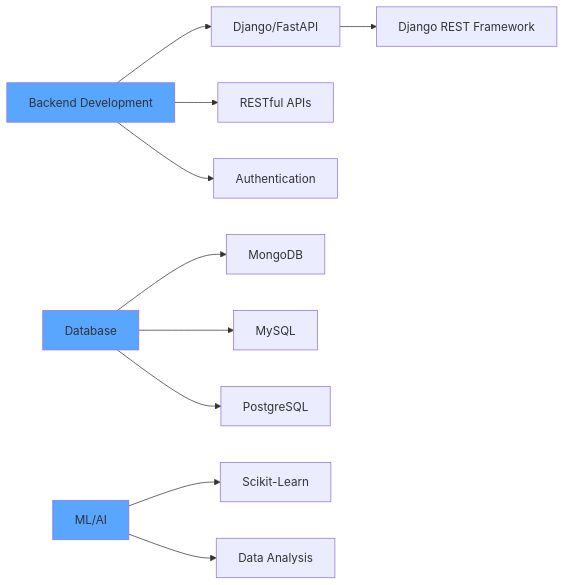
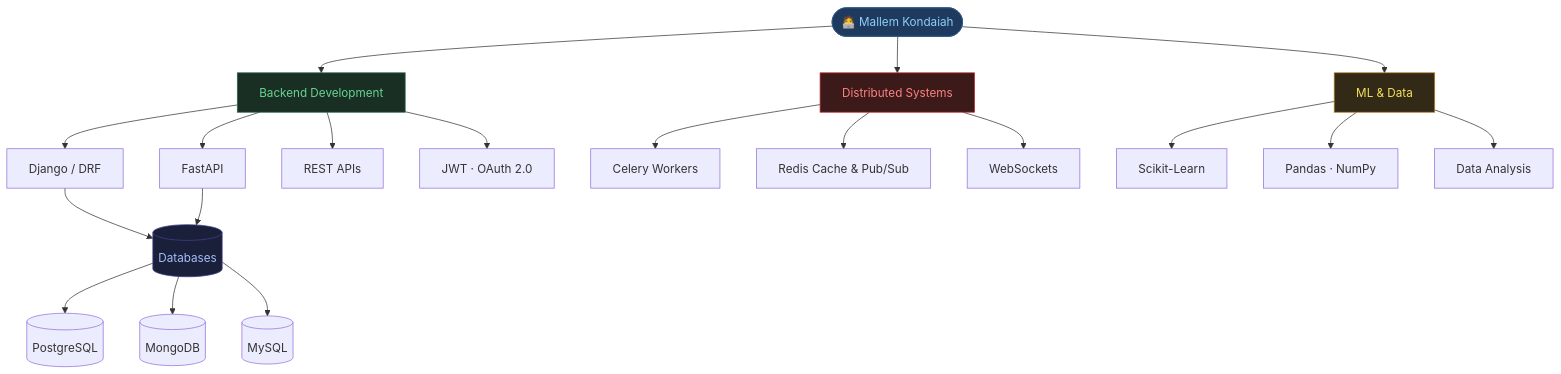
One commit to mallemkondaiah009/mallemkondaiah009 changed the diagram in README.md. Above: the diagram before and after it, drawn with Mermaid. The commit also changed other lines of this file, not shown here.

````diff
--- a/README.md
+++ b/README.md
@@ -137,16 +265,30 @@
 ```mermaid
-graph LR
-    A[Backend Development] --> B[Django/FastAPI]
-    A --> C[RESTful APIs]
-    A --> D[Authentication]
-    B --> K[Django REST Framework]
-    E[Database] --> F[MongoDB]
-    E --> G[MySQL]
-    E --> L[PostgreSQL]
-    H[ML/AI] --> I[Scikit-Learn]
-    H --> J[Data Analysis]
-    
-    style A fill:#58A6FF
-    style E fill:#58A6FF
-    style H fill:#58A6FF
+graph TD
+    A([🧑‍💻 Mallem Kondaiah]) --> B[Backend Development]
+    A --> C[Distributed Systems]
+    A --> D[ML & Data]
+
+    B --> B1[Django / DRF]
+    B --> B2[FastAPI]
+    B --> B3[REST APIs]
+    B --> B4[JWT · OAuth 2.0]
+
+    C --> C1[Celery Workers]
+    C --> C2[Redis Cache & Pub/Sub]
+    C --> C3[WebSockets]
+
+    D --> D1[Scikit-Learn]
+    D --> D2[Pandas · NumPy]
+    D --> D3[Data Analysis]
+
+    B1 & B2 --> DB[(Databases)]
+    DB --> DB1[(PostgreSQL)]
+    DB --> DB2[(MongoDB)]
+    DB --> DB3[(MySQL)]
+
+    style A fill:#1e3a5f,color:#90cdf4,stroke:#2c5282
+    style B fill:#1a2f23,color:#68d391,stroke:#276749
+    style C fill:#3d1a1a,color:#fc8181,stroke:#c53030
+    style D fill:#322a16,color:#f6e05e,stroke:#b7791f
+    style DB fill:#1a1f3a,color:#a3bffa,stroke:#434190
 ```
````
